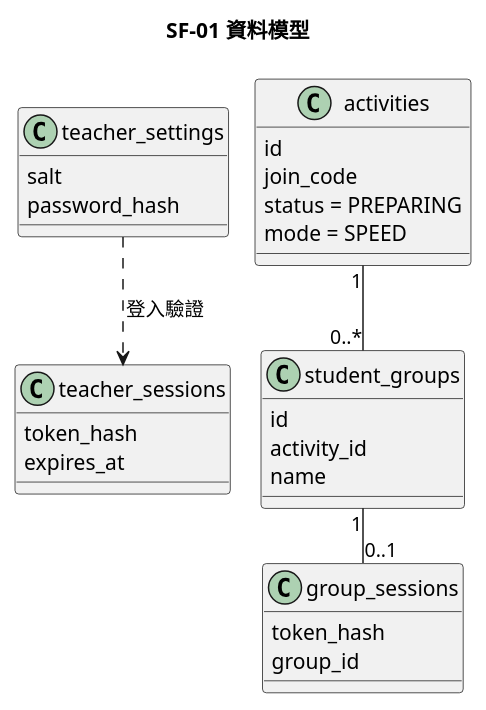
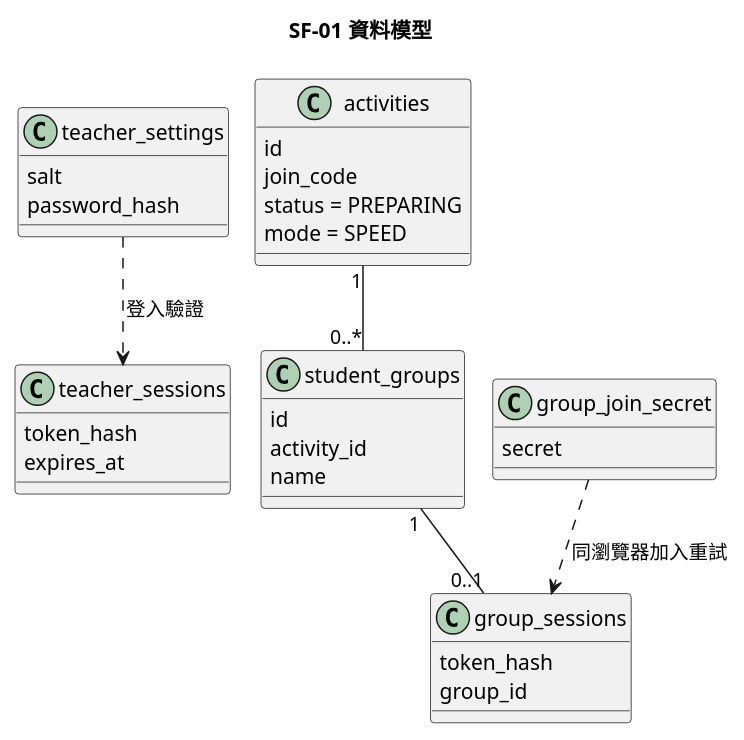
The diagram in diagrams/001-activity-groups-class.puml (tom1030507/classroom-buzzer-system-speckit), drawn with PlantUML before and after one commit. The commit also changed 15 other files, not shown here.

```diff
--- a/diagrams/001-activity-groups-class.puml
+++ b/diagrams/001-activity-groups-class.puml
@@ -1,31 +1,35 @@
 @startuml
 !pragma layout smetana
 skinparam shadowing false
 title SF-01 資料模型
 class "teacher_settings" as Settings {
   salt
   password_hash
 }
 class "teacher_sessions" as TeacherSession {
   token_hash
   expires_at
 }
 class "activities" as Activity {
   id
   join_code
   status = PREPARING
   mode = SPEED
 }
 class "student_groups" as StudentGroup {
   id
   activity_id
   name
 }
 class "group_sessions" as GroupSession {
   token_hash
   group_id
 }
+class "group_join_secret" as JoinSecret {
+  secret
+}
+JoinSecret ..> GroupSession : 同瀏覽器加入重試
 Settings ..> TeacherSession : 登入驗證
 Activity "1" -- "0..*" StudentGroup
 StudentGroup "1" -- "0..1" GroupSession
 @enduml
```
